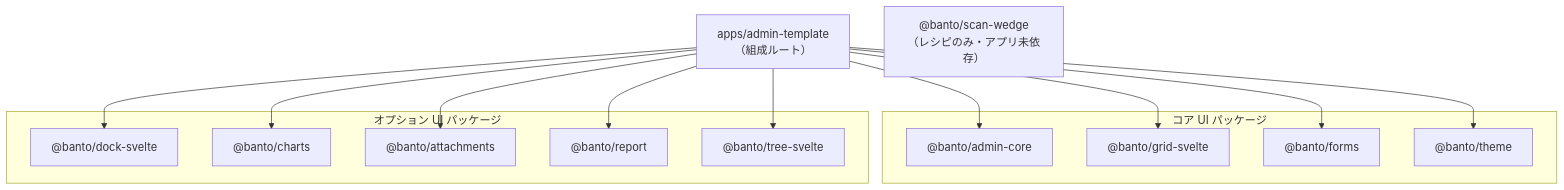
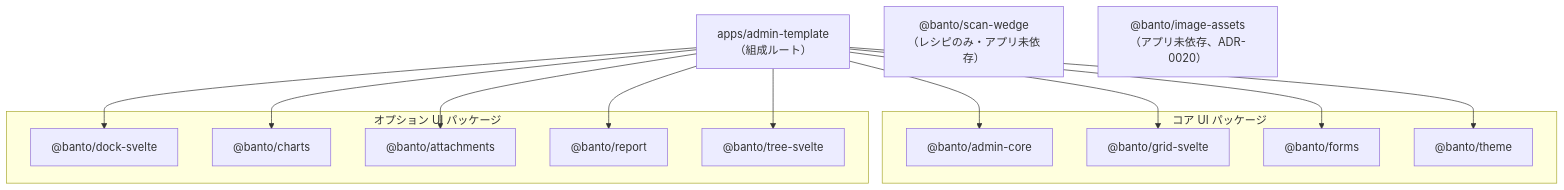
One commit to tyaro/banto changed the fifth of 7 diagrams in docs/architecture-overview.md. Above: the diagram before and after it, drawn with Mermaid. The commit also changed other lines of this file and 5 other files, not shown here.

Commit message:
docs: image-assets を template-scope §3・削除手順・README・構成図・計画書・CHANGELOG に記録する（#438）

````diff
--- a/docs/architecture-overview.md
+++ b/docs/architecture-overview.md
@@ -222,31 +222,32 @@
 ```mermaid
 flowchart TB
   APP["apps/admin-template<br/>（組成ルート）"]
 
   subgraph corePkg["コア UI パッケージ"]
     AC["@banto/admin-core"]
     GR["@banto/grid-svelte"]
     FO["@banto/forms"]
     TH["@banto/theme"]
   end
 
   subgraph optPkg["オプション UI パッケージ"]
     DO["@banto/dock-svelte"]
     CH["@banto/charts"]
     AT["@banto/attachments"]
     RE["@banto/report"]
     TR["@banto/tree-svelte"]
   end
 
   SW["@banto/scan-wedge<br/>（レシピのみ・アプリ未依存）"]
+  IA["@banto/image-assets<br/>（アプリ未依存、ADR-0020）"]
 
   APP --> AC
   APP --> GR
   APP --> FO
   APP --> TH
   APP --> DO
   APP --> CH
   APP --> AT
   APP --> RE
   APP --> TR
 ```
````
